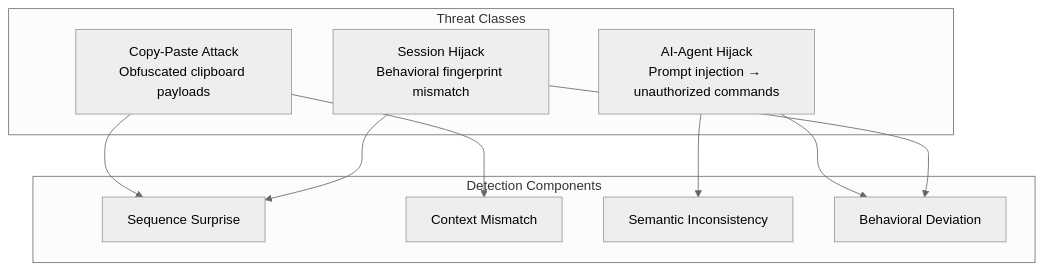
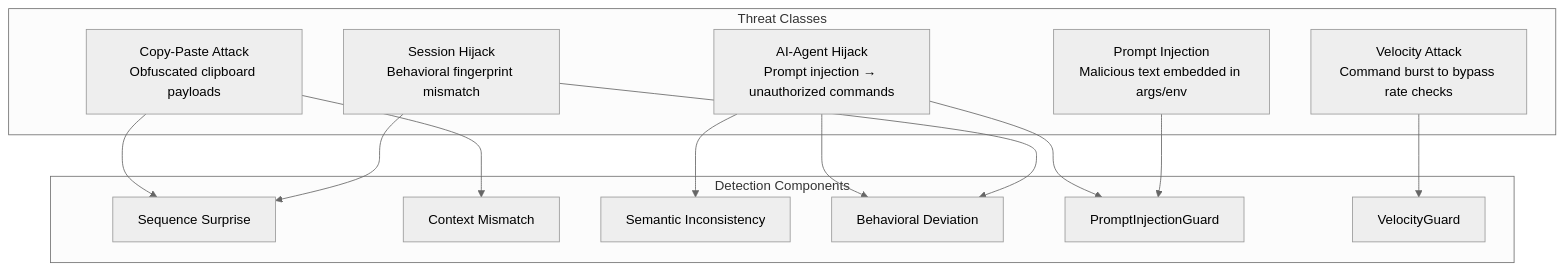
The second of 26 diagrams in docs/product-design-and-execution-flow.md (rachitGupta-ai/IntentGuard), drawn with Mermaid (neutral theme) before and after one commit. The commit also changed other lines of this file and 29 other files, not shown here.

````diff
--- a/docs/product-design-and-execution-flow.md
+++ b/docs/product-design-and-execution-flow.md
@@ -75,22 +97,29 @@
 ```mermaid
 graph TD
     subgraph Threat Classes
         T1[AI-Agent Hijack<br/>Prompt injection → unauthorized commands]
         T2[Copy-Paste Attack<br/>Obfuscated clipboard payloads]
         T3[Session Hijack<br/>Behavioral fingerprint mismatch]
+        T4[Prompt Injection<br/>Malicious text embedded in args/env]
+        T5[Velocity Attack<br/>Command burst to bypass rate checks]
     end
 
     subgraph Detection Components
         SS[Sequence Surprise]
         CM[Context Mismatch]
         SI[Semantic Inconsistency]
         BD[Behavioral Deviation]
+        PI[PromptInjectionGuard]
+        VG[VelocityGuard]
     end
 
     T1 --> SI
     T1 --> BD
+    T1 --> PI
     T2 --> SS
     T2 --> CM
     T3 --> BD
     T3 --> SS
+    T4 --> PI
+    T5 --> VG
 ```
````
